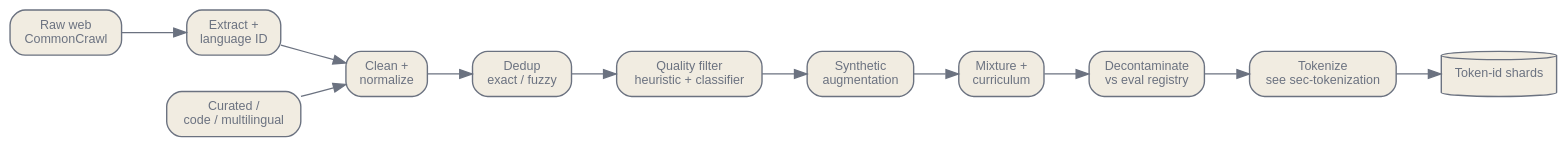
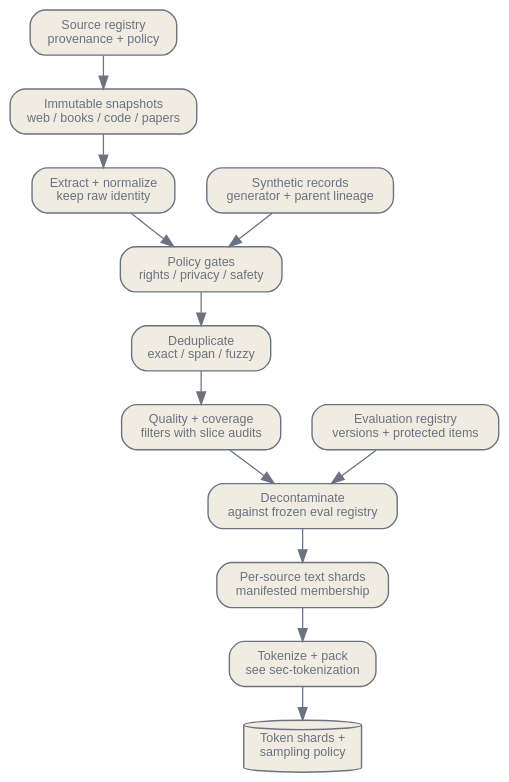
Before and after one commit to latere-ai/ai-as-an-infrastructure: the diagram in en/foundations/02-data-curation.qmd, drawn with Graphviz. The commit also changed other lines of this file and 13 other files, not shown here.

````diff
--- a/en/foundations/02-data-curation.qmd
+++ b/en/foundations/02-data-curation.qmd
@@ -48,32 +46,28 @@
 ```{dot}
 //| label: fig-data-curation-pipeline
-//| fig-cap: "The curation pipeline as a sequence of narrowing filters, cheapest cuts first, ending in token-id shards. Each stage is an auditable hand-off."
+//| fig-cap: "A traceable curation pipeline. Provenance enters with each source, synthetic records retain their parentage, and a frozen evaluation registry constrains decontamination before tokenization."
 digraph {
   bgcolor="transparent";
-  rankdir=LR;
-  nodesep=0.4; ranksep=0.5;
+  rankdir=TB;
+  nodesep=0.35; ranksep=0.38;
   node [shape=box, style="rounded,filled", fontname="Helvetica", fontsize=10, color="#6b7280", fontcolor="#6b7280", fillcolor="#f1ece1", penwidth=1.1];
-  edge [fontsize=10, fontname="Helvetica", color="#6b7280", fontcolor="#6b7280"];
-  A [label="Raw web\nCommonCrawl"];
-  B [label="Extract +\nlanguage ID"];
-  C [label="Curated /\ncode / multilingual"];
-  D [label="Clean +\nnormalize"];
-  E [label="Dedup\nexact / fuzzy"];
-  F [label="Quality filter\nheuristic + classifier"];
-  G [label="Synthetic\naugmentation"];
-  H [label="Mixture +\ncurriculum"];
-  I [label="Decontaminate\nvs eval registry"];
-  J [label="Tokenize\nsee sec-tokenization"];
-  K [label="Token-id shards", shape=cylinder];
-  A -> B;
-  C -> D;
-  B -> D;
-  D -> E;
-  E -> F;
-  F -> G;
-  G -> H;
-  H -> I;
-  I -> J;
-  J -> K;
+  edge [fontsize=9, fontname="Helvetica", color="#6b7280", fontcolor="#6b7280"];
+
+  A [label="Source registry\nprovenance + policy"];
+  B [label="Immutable snapshots\nweb / books / code / papers"];
+  C [label="Extract + normalize\nkeep raw identity"];
+  D [label="Policy gates\nrights / privacy / safety"];
+  E [label="Deduplicate\nexact / span / fuzzy"];
+  F [label="Quality + coverage\nfilters with slice audits"];
+  G [label="Decontaminate\nagainst frozen eval registry"];
+  H [label="Per-source text shards\nmanifested membership"];
+  I [label="Tokenize + pack\nsee sec-tokenization"];
+  J [label="Token shards +\nsampling policy", shape=cylinder];
+  S [label="Synthetic records\ngenerator + parent lineage"];
+  R [label="Evaluation registry\nversions + protected items"];
+
+  A -> B -> C -> D -> E -> F -> G -> H -> I -> J;
+  S -> D;
+  R -> G;
 }
 ```
````
